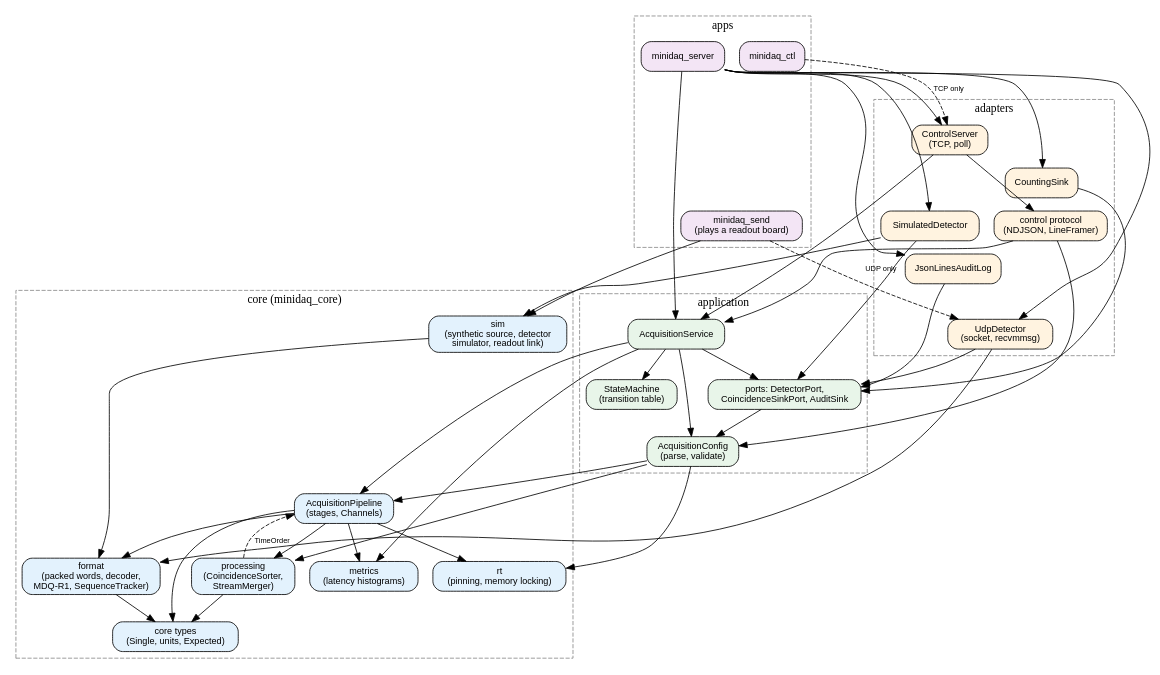
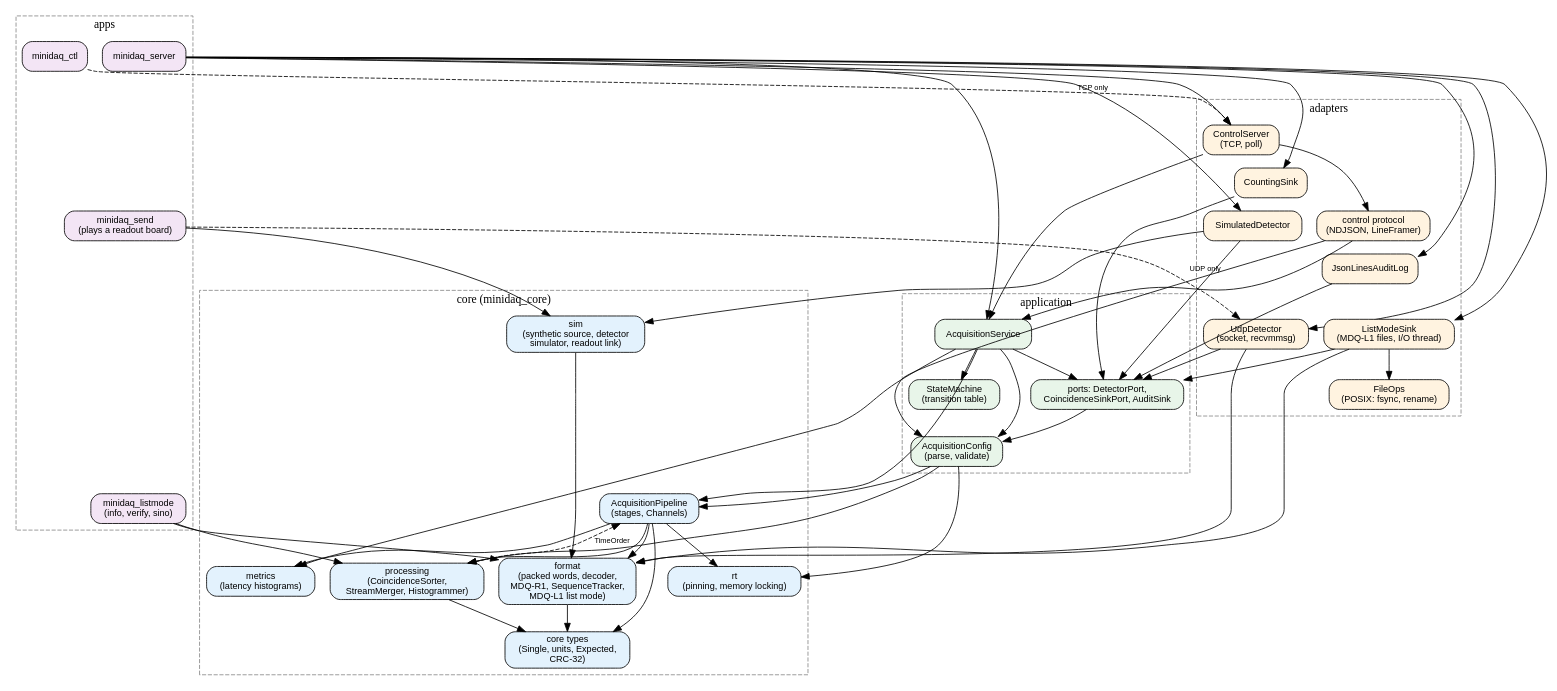
The diagram in docs/architecture/components.dot (OussamaSegh/detector-to-diagnosis), drawn with Graphviz before and after one commit. The commit also changed 4 other files, not shown here.

First line of the commit message:
ch12: architecture, component diagram, performance budget and CHANGELOG

```diff
--- a/docs/architecture/components.dot
+++ b/docs/architecture/components.dot
@@ -1,84 +1,93 @@
-// MiniDAQ components and their dependencies (Chapter 6, updated in Chapters 9 and 10). An edge A -> B means
+// MiniDAQ components and their dependencies (Chapter 6, updated in Chapters 9, 10 and 12). An edge A -> B means
 // "A uses B" (A includes B's header). Each node's class is its layer from
 // layers.json; the arrows must only point to layers a node may depend on.
 digraph components {
   rankdir=TB;
   ranksep=0.45; nodesep=0.25;
   newrank=true;
   node [shape=box, style="rounded,filled", fontname="Helvetica", fontsize=11];
   edge [fontname="Helvetica", fontsize=9];
 
   subgraph cluster_apps {
     label="apps"; style=dashed; color="#888888";
     minidaq_server [class="app", fillcolor="#f3e5f5", label="minidaq_server"];
     minidaq_ctl [class="app", fillcolor="#f3e5f5", label="minidaq_ctl"];
     minidaq_send [class="app", fillcolor="#f3e5f5", label="minidaq_send\n(plays a readout board)"];
+    minidaq_listmode [class="app", fillcolor="#f3e5f5", label="minidaq_listmode\n(info, verify, sino)"];
   }
   subgraph cluster_adapters {
     label="adapters"; style=dashed; color="#888888";
     control_server [class="adapters", fillcolor="#fff3e0", label="ControlServer\n(TCP, poll)"];
     control_protocol [class="adapters", fillcolor="#fff3e0", label="control protocol\n(NDJSON, LineFramer)"];
     simulated_detector [class="adapters", fillcolor="#fff3e0", label="SimulatedDetector"];
     udp_detector [class="adapters", fillcolor="#fff3e0", label="UdpDetector\n(socket, recvmmsg)"];
     counting_sink [class="adapters", fillcolor="#fff3e0", label="CountingSink"];
+    listmode_sink [class="adapters", fillcolor="#fff3e0", label="ListModeSink\n(MDQ-L1 files, I/O thread)"];
+    file_ops [class="adapters", fillcolor="#fff3e0", label="FileOps\n(POSIX: fsync, rename)"];
     audit_log [class="adapters", fillcolor="#fff3e0", label="JsonLinesAuditLog"];
   }
   subgraph cluster_application {
     label="application"; style=dashed; color="#888888";
     acquisition_service [class="application", fillcolor="#e8f5e9", label="AcquisitionService"];
     state_machine [class="application", fillcolor="#e8f5e9", label="StateMachine\n(transition table)"];
     config [class="application", fillcolor="#e8f5e9", label="AcquisitionConfig\n(parse, validate)"];
     ports [class="application", fillcolor="#e8f5e9", label="ports: DetectorPort,\nCoincidenceSinkPort, AuditSink"];
   }
   subgraph cluster_core {
     label="core (minidaq_core)"; style=dashed; color="#888888";
     pipeline [class="core", fillcolor="#e3f2fd", label="AcquisitionPipeline\n(stages, Channels)"];
-    format [class="core", fillcolor="#e3f2fd", label="format\n(packed words, decoder,\nMDQ-R1, SequenceTracker)"];
-    processing [class="core", fillcolor="#e3f2fd", label="processing\n(CoincidenceSorter,\nStreamMerger)"];
+    format [class="core", fillcolor="#e3f2fd", label="format\n(packed words, decoder,\nMDQ-R1, SequenceTracker,\nMDQ-L1 list mode)"];
+    processing [class="core", fillcolor="#e3f2fd", label="processing\n(CoincidenceSorter,\nStreamMerger, Histogrammer)"];
     metrics [class="core", fillcolor="#e3f2fd", label="metrics\n(latency histograms)"];
     rt [class="core", fillcolor="#e3f2fd", label="rt\n(pinning, memory locking)"];
     sim [class="core", fillcolor="#e3f2fd", label="sim\n(synthetic source, detector\nsimulator, readout link)"];
-    types [class="core", fillcolor="#e3f2fd", label="core types\n(Single, units, Expected)"];
+    types [class="core", fillcolor="#e3f2fd", label="core types\n(Single, units, Expected,\nCRC-32)"];
   }
 
   minidaq_server -> control_server;
   minidaq_server -> acquisition_service;
   minidaq_server -> simulated_detector;
   minidaq_server -> counting_sink;
   minidaq_server -> audit_log;
   minidaq_ctl -> control_server [style=dashed, label="TCP only"];
   minidaq_server -> udp_detector;
   minidaq_send -> sim;
   minidaq_send -> udp_detector [style=dashed, label="UDP only"];
 
   control_server -> control_protocol;
   control_server -> acquisition_service;
   control_protocol -> acquisition_service;
   control_protocol -> config;
   simulated_detector -> ports;
   simulated_detector -> sim;
   udp_detector -> ports;
   udp_detector -> format;
   counting_sink -> ports;
+  minidaq_server -> listmode_sink;
+  listmode_sink -> ports;
+  listmode_sink -> file_ops;
+  listmode_sink -> format;
+  minidaq_listmode -> format;
+  minidaq_listmode -> processing;
   audit_log -> ports;
 
   acquisition_service -> state_machine;
   acquisition_service -> config;
   acquisition_service -> ports;
   acquisition_service -> pipeline;
   acquisition_service -> metrics;
   config -> pipeline;
   config -> rt;
   ports -> config;
 
   pipeline -> processing;
   config -> processing;
   processing -> pipeline [style=dashed, label="TimeOrder"];
   processing -> types;
   pipeline -> format;
   pipeline -> metrics;
   pipeline -> rt;
   pipeline -> types;
   format -> types;
   sim -> format;
 }
```
